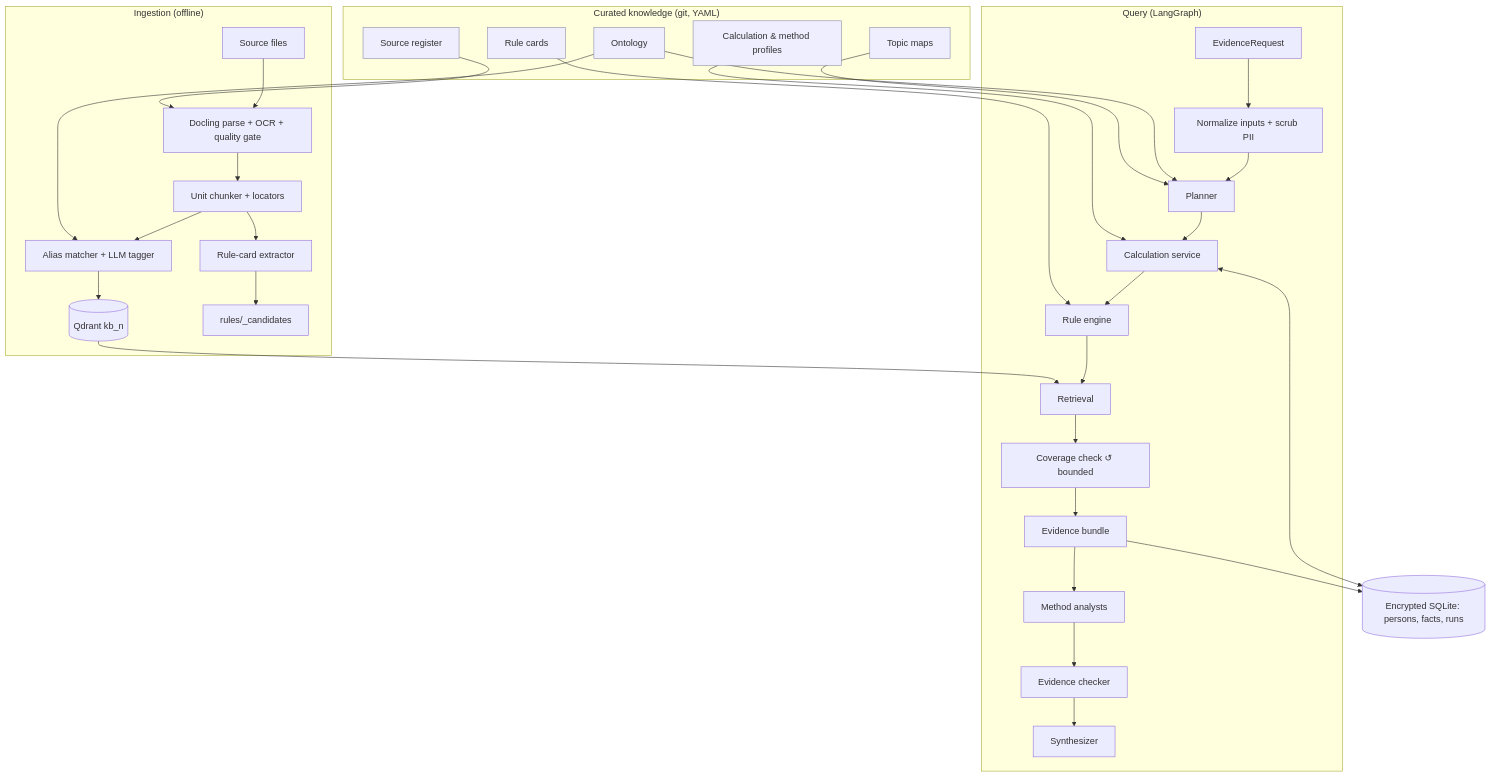
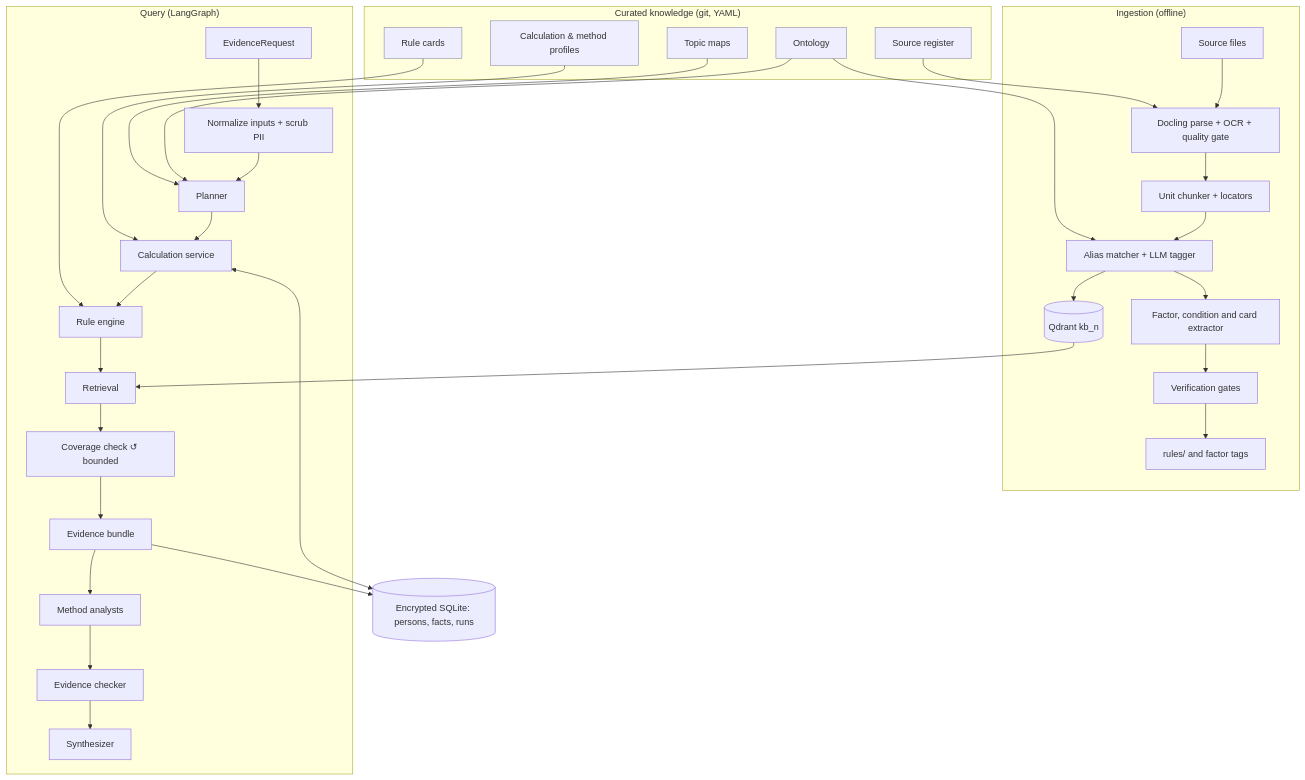
Before and after one commit to pswani/astro-rag: the diagram in docs/design/design.md, drawn with Mermaid. The commit also changed other lines of this file and 6 other files, not shown here.

````diff
--- a/docs/design/design.md
+++ b/docs/design/design.md
@@ -65,40 +68,40 @@
 ```mermaid
 flowchart TB
   subgraph Curated["Curated knowledge (git, YAML)"]
     ONT[Ontology]:::c
     PRO[Calculation & method profiles]:::c
     RC[Rule cards]:::c
     TM[Topic maps]:::c
     REG[Source register]:::c
   end
   subgraph Offline["Ingestion (offline)"]
     SRC[Source files] --> PARSE[Docling parse + OCR + quality gate]
     PARSE --> CHUNK[Unit chunker + locators]
     CHUNK --> TAG[Alias matcher + LLM tagger]
     TAG --> IDX[(Qdrant kb_n)]
-    CHUNK --> EXT[Rule-card extractor] --> CAND[rules/_candidates]
+    TAG --> EXT[Factor, condition and card extractor] --> VER[Verification gates] --> CAND[rules/ and factor tags]
   end
   subgraph Online["Query (LangGraph)"]
     REQ[EvidenceRequest] --> NORM[Normalize inputs + scrub PII]
     NORM --> PLAN[Planner]
     PLAN --> CALC[Calculation service]
     CALC --> RULES[Rule engine]
     RULES --> RET[Retrieval]
     RET --> COV[Coverage check ↺ bounded]
     COV --> BUNDLE[Evidence bundle]
     BUNDLE --> AN[Method analysts]
     AN --> CHK[Evidence checker]
     CHK --> SYN[Synthesizer]
   end
   PRIV[(Encrypted SQLite: persons, facts, runs)]
   REG --> PARSE
   ONT --> TAG
   ONT --> PLAN
   TM --> PLAN
   PRO --> CALC
   RC --> RULES
   IDX --> RET
   CALC <--> PRIV
   BUNDLE --> PRIV
   classDef c fill:#eef,stroke:#88a
 ```
````
